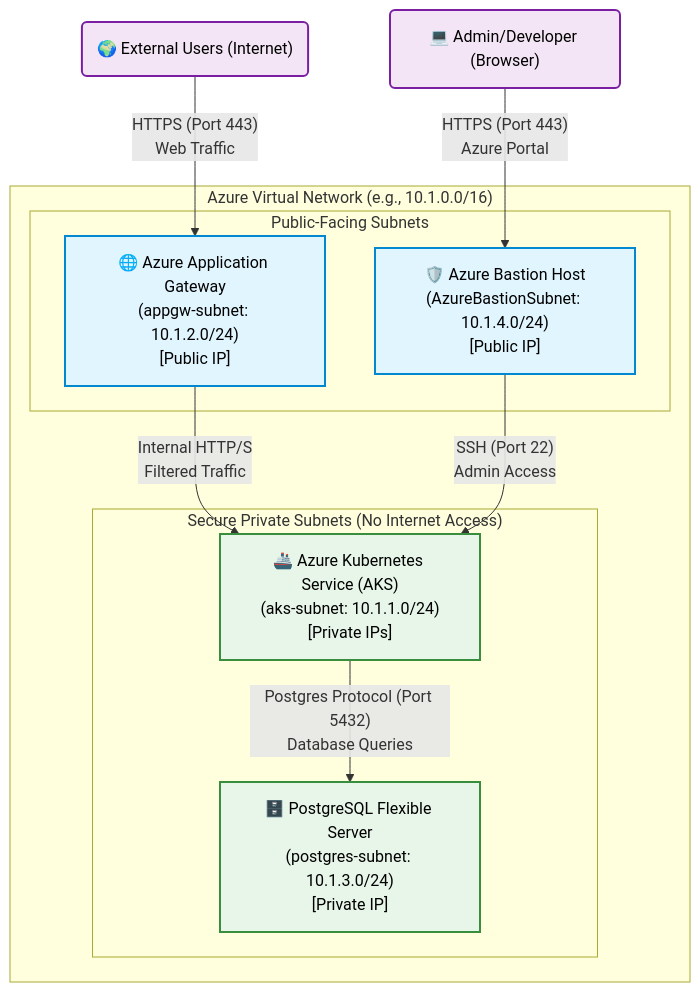
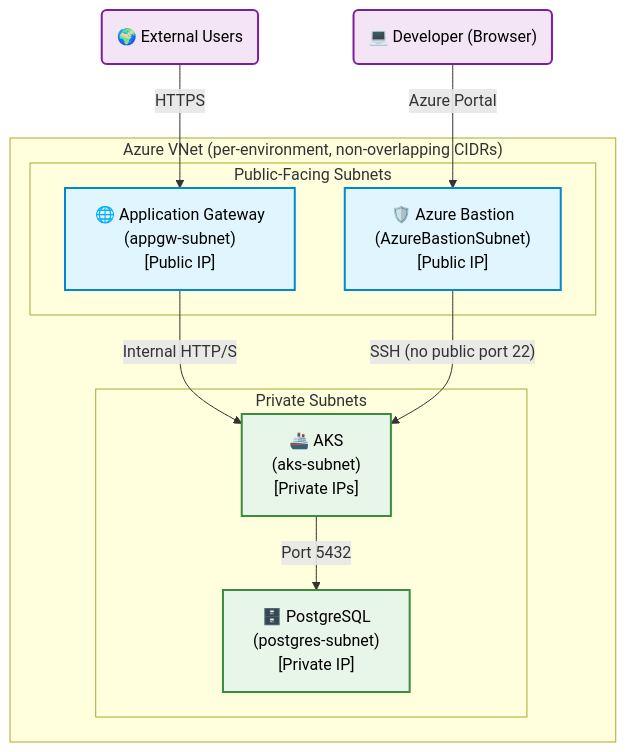
Before and after one commit to nishadZC/boutique-infra-ado: the first of 2 diagrams in README.md, drawn with Mermaid. The commit also changed other lines of this file and 39 other files, not shown here.

````diff
--- a/README.md
+++ b/README.md
@@ -47,37 +119,26 @@
 ```mermaid
 flowchart TD
-    %% Define styles for clarity
     classDef public fill:#e1f5fe,stroke:#0288d1,stroke-width:2px,color:#000
     classDef private fill:#e8f5e9,stroke:#388e3c,stroke-width:2px,color:#000
     classDef external fill:#f3e5f5,stroke:#7b1fa2,stroke-width:2px,color:#000
 
-    %% External Actors
-    User("🌍 External Users (Internet)"):::external
-    Admin("💻 Admin/Developer (Browser)"):::external
+    User("🌍 External Users"):::external
+    Admin("💻 Developer (Browser)"):::external
 
-    %% The Azure Virtual Network
-    subgraph VNet ["Azure Virtual Network (e.g., 10.1.0.0/16)"]
-        
-        %% Public Subnets
+    subgraph VNet ["Azure VNet (per-environment, non-overlapping CIDRs)"]
         subgraph PublicZone ["Public-Facing Subnets"]
-            AppGw["🌐 Azure Application Gateway\n(appgw-subnet: 10.1.2.0/24)\n[Public IP]"]:::public
-            Bastion["🛡️ Azure Bastion Host\n(AzureBastionSubnet: 10.1.4.0/24)\n[Public IP]"]:::public
+            AppGw["🌐 Application Gateway\n(appgw-subnet)\n[Public IP]"]:::public
+            Bastion["🛡️ Azure Bastion\n(AzureBastionSubnet)\n[Public IP]"]:::public
         end
-
-        %% Private Subnets
-        subgraph PrivateZone ["Secure Private Subnets (No Internet Access)"]
-            AKS["🚢 Azure Kubernetes Service (AKS)\n(aks-subnet: 10.1.1.0/24)\n[Private IPs]"]:::private
-            DB["🗄️ PostgreSQL Flexible Server\n(postgres-subnet: 10.1.3.0/24)\n[Private IP]"]:::private
+        subgraph PrivateZone ["Private Subnets"]
+            AKS["🚢 AKS\n(aks-subnet)\n[Private IPs]"]:::private
+            DB["🗄️ PostgreSQL\n(postgres-subnet)\n[Private IP]"]:::private
         end
-
     end
 
-    %% Define Traffic Flows
-    User -- "HTTPS (Port 443)\nWeb Traffic" --> AppGw
-    AppGw -- "Internal HTTP/S\nFiltered Traffic" --> AKS
-    
-    Admin -- "HTTPS (Port 443)\nAzure Portal" --> Bastion
-    Bastion -- "SSH (Port 22)\nAdmin Access" --> AKS
-
-    AKS -- "Postgres Protocol (Port 5432)\nDatabase Queries" --> DB
+    User -- "HTTPS" --> AppGw
+    AppGw -- "Internal HTTP/S" --> AKS
+    Admin -- "Azure Portal" --> Bastion
+    Bastion -- "SSH (no public port 22)" --> AKS
+    AKS -- "Port 5432" --> DB
 ```
````
